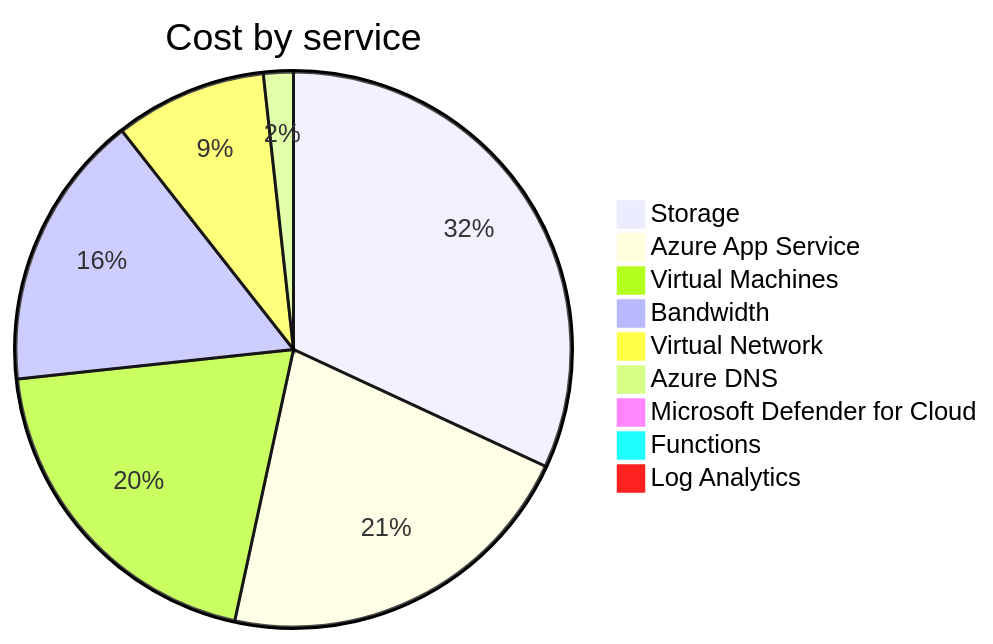
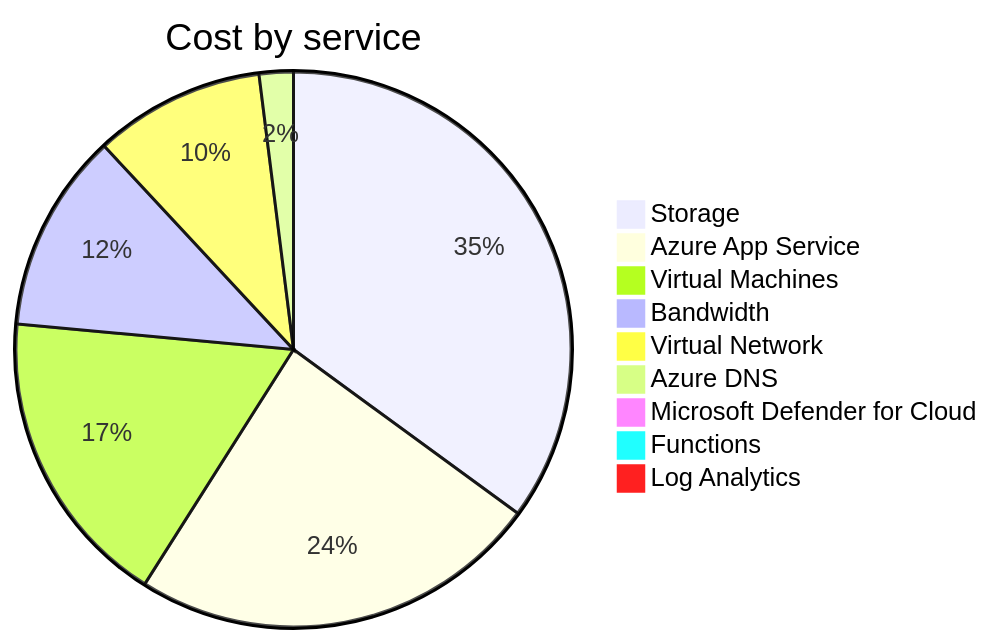
One commit to jpfulton/azure-personal-reports changed the second of 4 diagrams in cost-reports/accumulated-cost.md. Above: the diagram before and after it, drawn with Mermaid. The commit also changed other lines of this file and 4 other files, not shown here.

````diff
--- a/cost-reports/accumulated-cost.md
+++ b/cost-reports/accumulated-cost.md
@@ -103,13 +103,13 @@
 ```mermaid
 pie
    title Cost by service
-   "Storage" : 2.02
-   "Azure App Service" : 1.36
-   "Virtual Machines" : 1.26
-   "Bandwidth" : 1.02
-   "Virtual Network" : 0.56
-   "Azure DNS" : 0.11
-   "Microsoft Defender for Cloud" : 0.06
+   "Storage" : 3.35
+   "Azure App Service" : 2.29
+   "Virtual Machines" : 1.67
+   "Bandwidth" : 1.11
+   "Virtual Network" : 0.95
+   "Azure DNS" : 0.19
+   "Microsoft Defender for Cloud" : 0.09
    "Functions" : 0.00
    "Log Analytics" : 0.00
 ```
````
